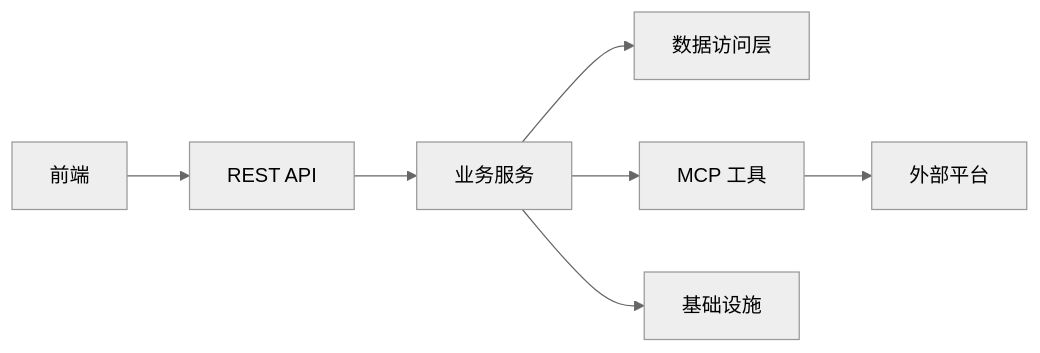
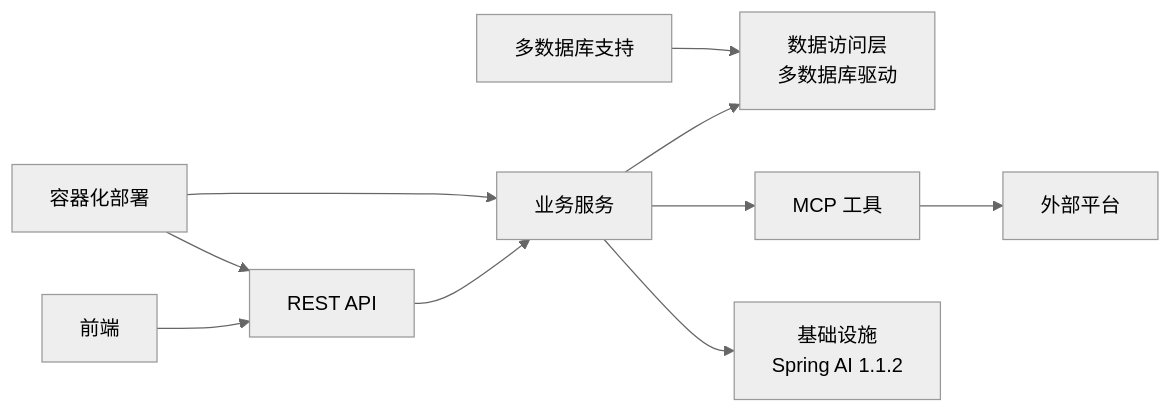
Before and after one commit to zhuangpengLI/AgenticCPS: the ninth of 9 diagrams in .qoder/repowiki/zh/content/项目概述/三大核心技术理念/AI 自主编程/AI 自主编程.md, drawn with Mermaid (neutral theme). The commit also changed other lines of this file and 21 other files, not shown here.

````diff
--- a/.qoder/repowiki/zh/content/项目概述/三大核心技术理念/AI 自主编程/AI 自主编程.md
+++ b/.qoder/repowiki/zh/content/项目概述/三大核心技术理念/AI 自主编程/AI 自主编程.md
@@ -282,9 +365,12 @@
 ```mermaid
 graph LR
 FE["前端"] --> API["REST API"]
 API --> BIZ["业务服务"]
-BIZ --> DAL["数据访问层"]
+BIZ --> DAL["数据访问层<br/>多数据库驱动"]
 BIZ --> MCP["MCP 工具"]
 MCP --> EXT["外部平台"]
-BIZ --> INF["基础设施"]
+BIZ --> INF["基础设施<br/>Spring AI 1.1.2"]
+DB["多数据库支持"] --> DAL
+CONTAINER["容器化部署"] --> API
+CONTAINER --> BIZ
 ```
````
